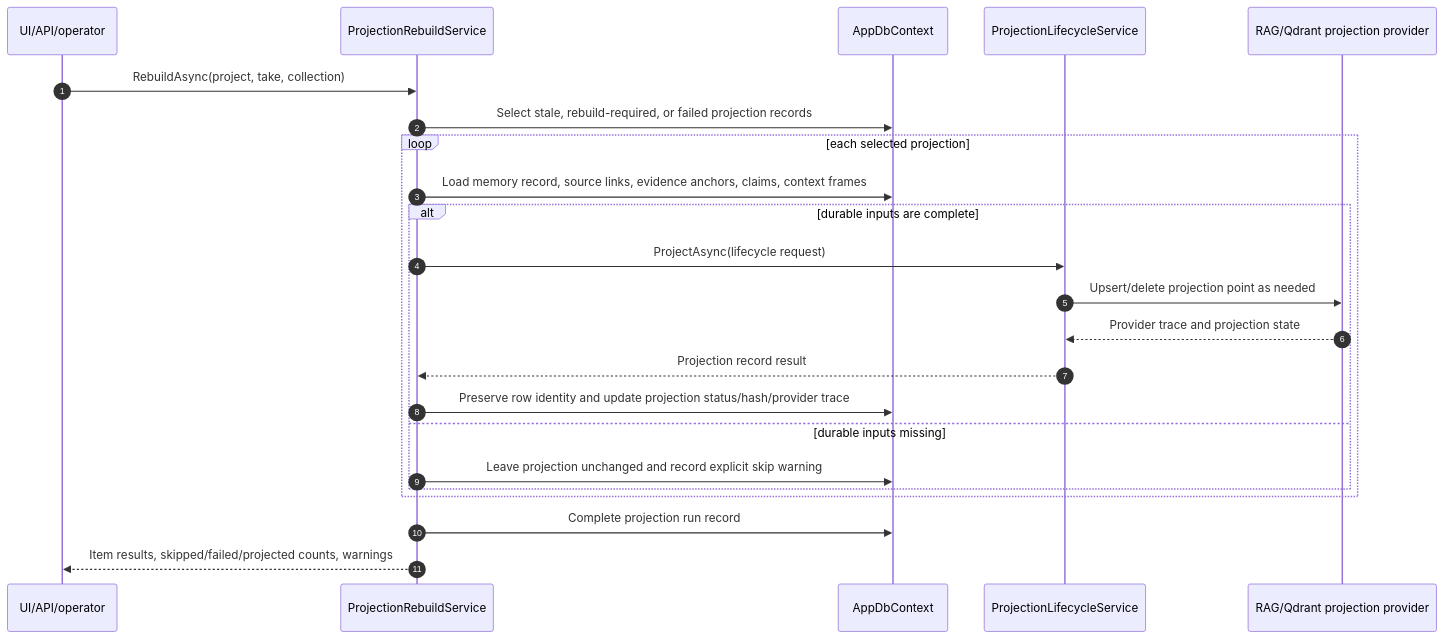
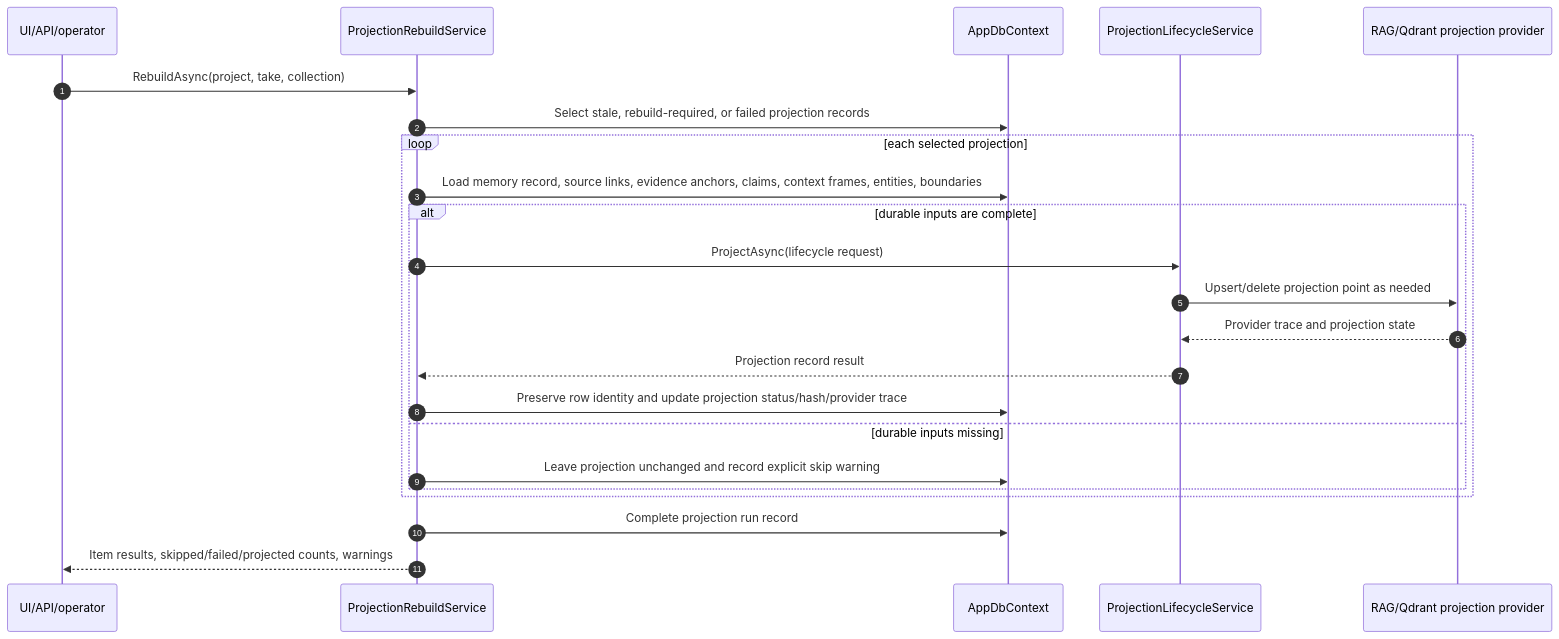
One commit to fyziktom/CanDoItAll changed the third of 6 diagrams in docs/cognitive-memory/architecture/runtime-flows.md. Above: the diagram before and after it, drawn with Mermaid. The commit also changed other lines of this file and 49 other files, not shown here.

````diff
--- a/docs/cognitive-memory/architecture/runtime-flows.md
+++ b/docs/cognitive-memory/architecture/runtime-flows.md
@@ -73,26 +73,26 @@
 ```mermaid
 sequenceDiagram
     autonumber
     participant Caller as UI/API/operator
     participant Rebuild as ProjectionRebuildService
     participant Db as AppDbContext
     participant Lifecycle as ProjectionLifecycleService
     participant Provider as RAG/Qdrant projection provider
 
     Caller->>Rebuild: RebuildAsync(project, take, collection)
     Rebuild->>Db: Select stale, rebuild-required, or failed projection records
     loop each selected projection
-        Rebuild->>Db: Load memory record, source links, evidence anchors, claims, context frames
+        Rebuild->>Db: Load memory record, source links, evidence anchors, claims, context frames, entities, boundaries
         alt durable inputs are complete
             Rebuild->>Lifecycle: ProjectAsync(lifecycle request)
             Lifecycle->>Provider: Upsert/delete projection point as needed
             Provider-->>Lifecycle: Provider trace and projection state
             Lifecycle-->>Rebuild: Projection record result
             Rebuild->>Db: Preserve row identity and update projection status/hash/provider trace
         else durable inputs missing
             Rebuild->>Db: Leave projection unchanged and record explicit skip warning
         end
     end
     Rebuild->>Db: Complete projection run record
     Rebuild-->>Caller: Item results, skipped/failed/projected counts, warnings
 ```
````
